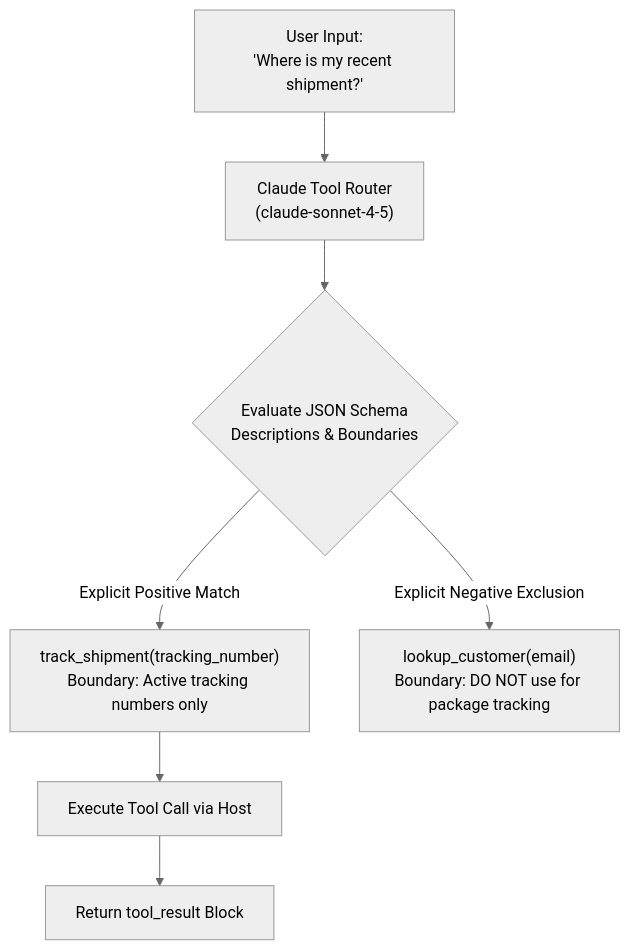
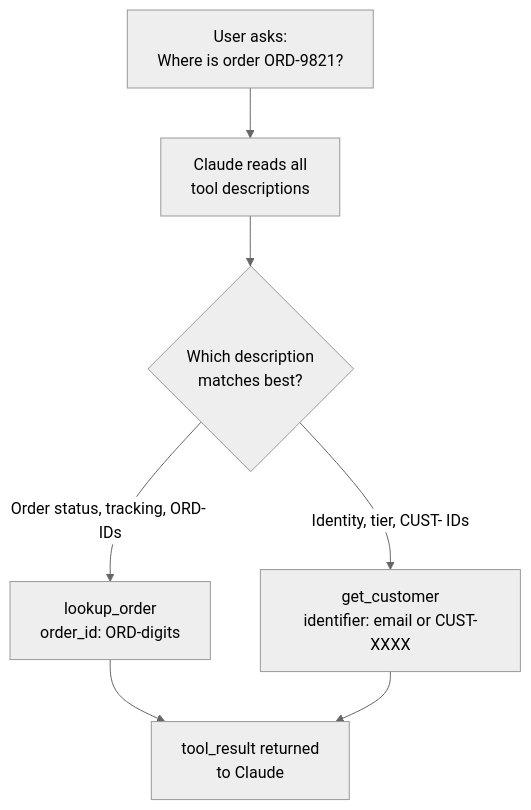
Before and after one commit to dip4k/claude_cert_architect_foundation_prep: the diagram in domain2/ts_2_1_tool_interface_design/README.md, drawn with Mermaid (neutral theme). The commit also changed other lines of this file and 133 other files, not shown here.

````diff
--- a/domain2/ts_2_1_tool_interface_design/README.md
+++ b/domain2/ts_2_1_tool_interface_design/README.md
@@ -82,12 +67,9 @@
 ```mermaid
 flowchart TD
-    UserQuery["User Input:<br>'Where is my recent shipment?'"] --> Claude["Claude Tool Router<br>(claude-sonnet-4-5)"]
-    
-    Claude --> EvaluateDescriptions{"Evaluate JSON Schema<br>Descriptions & Boundaries"}
-    
-    EvaluateDescriptions -->|"Explicit Positive Match"| ToolA["track_shipment(tracking_number)<br>Boundary: Active tracking numbers only"]
-    EvaluateDescriptions -->|"Explicit Negative Exclusion"| ToolB["lookup_customer(email)<br>Boundary: DO NOT use for package tracking"]
-    
-    ToolA --> Dispatch["Execute Tool Call via Host"]
-    Dispatch --> ToolResult["Return tool_result Block"]
+    Query["User asks:<br>Where is order ORD-9821?"] --> Router["Claude reads all<br>tool descriptions"]
+    Router --> Check{"Which description<br>matches best?"}
+    Check -->|"Order status, tracking, ORD- IDs"| Order["lookup_order<br>order_id: ORD-digits"]
+    Check -->|"Identity, tier, CUST- IDs"| Cust["get_customer<br>identifier: email or CUST-XXXX"]
+    Order --> Result["tool_result returned<br>to Claude"]
+    Cust --> Result
 ```
````
